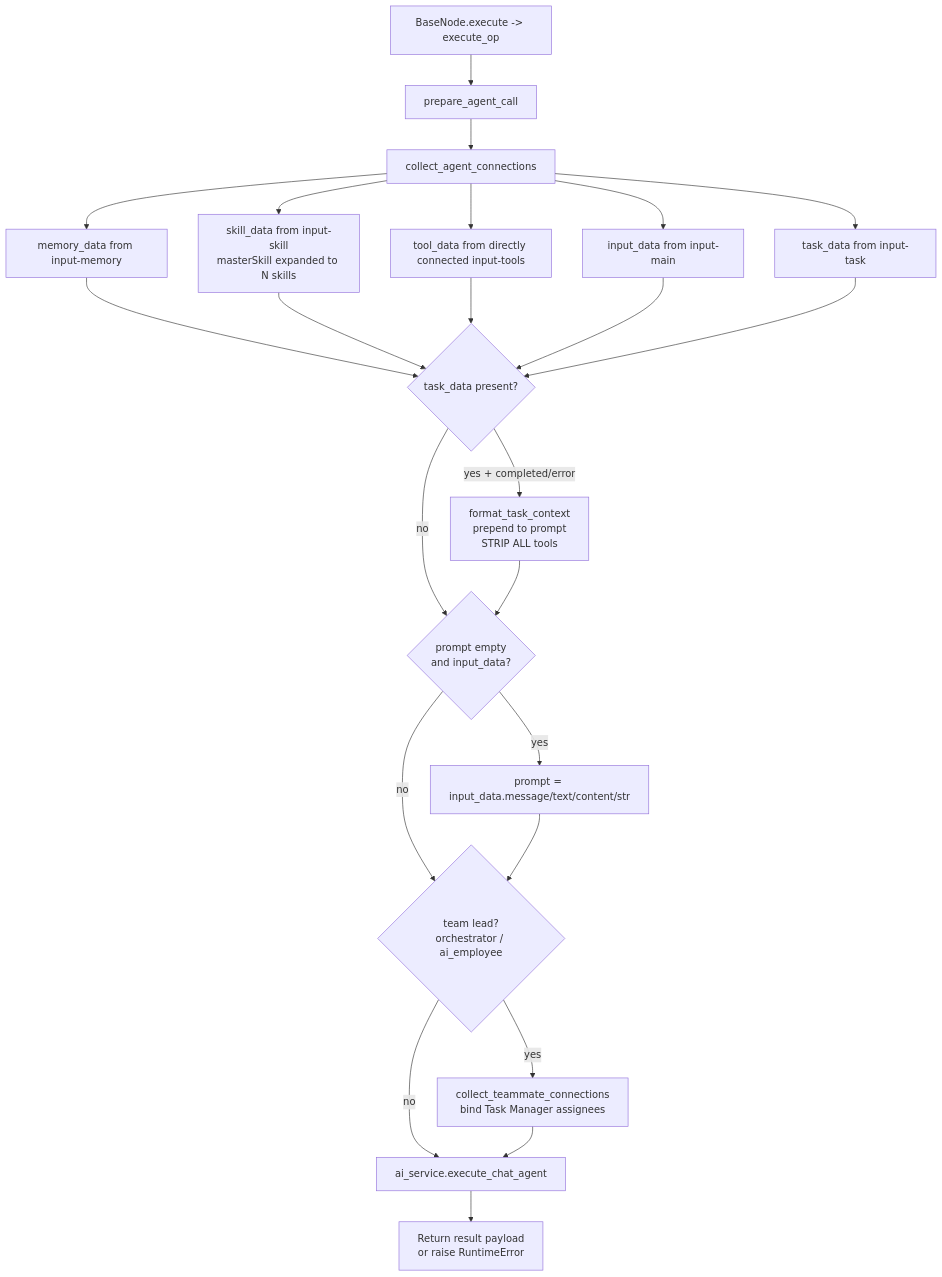
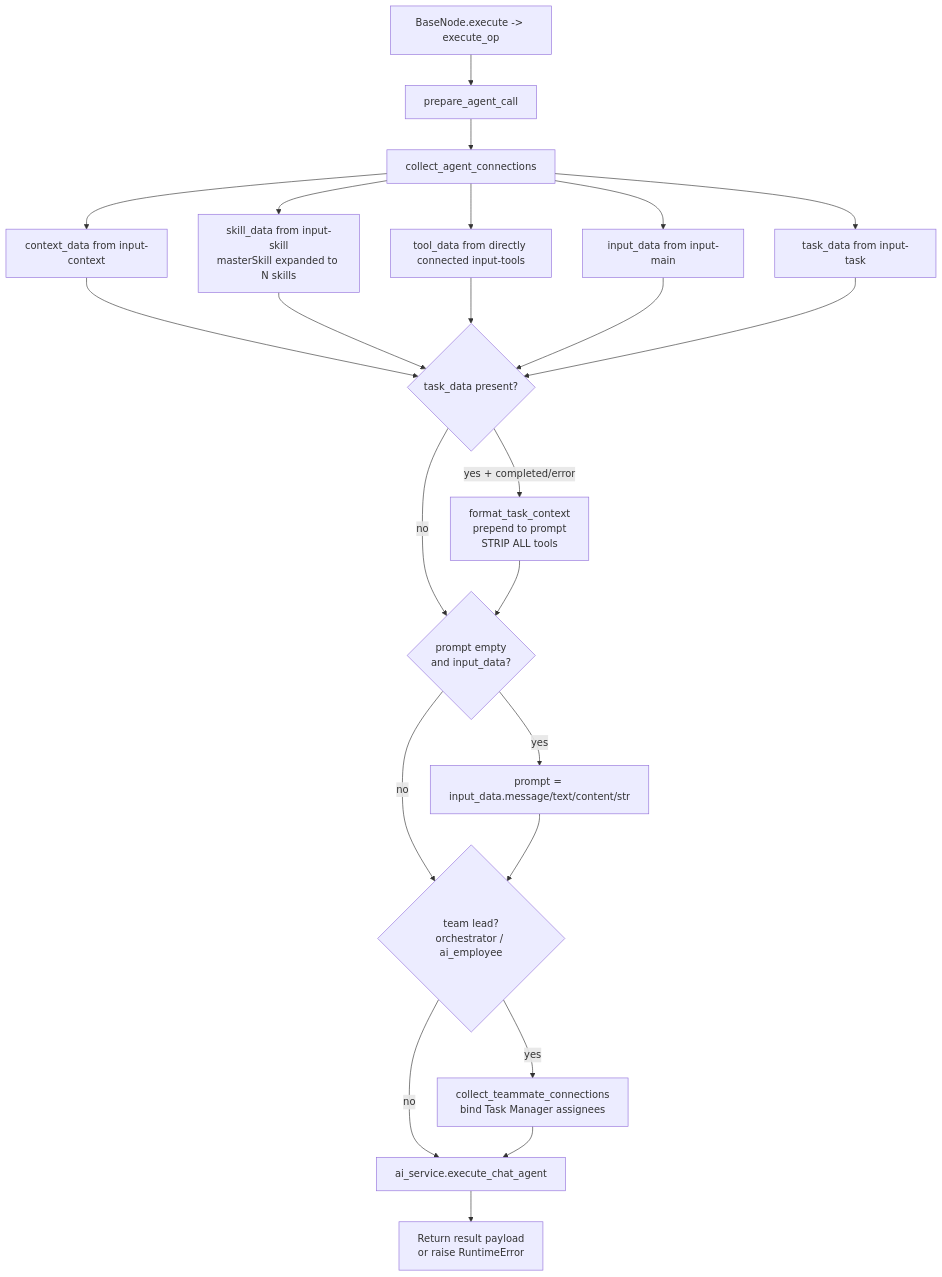
Before and after one commit to Addval-Connect/OpenCompany: the diagram in docs-internal/node-logic-flows/specialized_agents/_pattern.md, drawn with Mermaid. The commit also changed other lines of this file and 126 other files, not shown here.

````diff
--- a/docs-internal/node-logic-flows/specialized_agents/_pattern.md
+++ b/docs-internal/node-logic-flows/specialized_agents/_pattern.md
@@ -105,25 +105,25 @@
 ```mermaid
 flowchart TD
   A[BaseNode.execute -> execute_op] --> P[prepare_agent_call]
   P --> B[collect_agent_connections]
-  B --> B1[memory_data from input-memory]
+  B --> B1[context_data from input-context]
   B --> B2[skill_data from input-skill<br/>masterSkill expanded to N skills]
   B --> B3[tool_data from directly connected input-tools]
   B --> B4[input_data from input-main]
   B --> B5[task_data from input-task]
   B1 --> C{task_data present?}
   B2 --> C
   B3 --> C
   B4 --> C
   B5 --> C
   C -- yes + completed/error --> D[format_task_context<br/>prepend to prompt<br/>STRIP ALL tools]
   C -- no --> E{prompt empty<br/>and input_data?}
   D --> E
   E -- yes --> F[prompt = input_data.message/text/content/str]
   E -- no --> G{team lead?<br/>orchestrator / ai_employee}
   F --> G
   G -- yes --> H[collect_teammate_connections<br/>bind Task Manager assignees]
   G -- no --> I[ai_service.execute_chat_agent]
   H --> I
   I --> J[Return result payload<br/>or raise RuntimeError]
 ```
````
